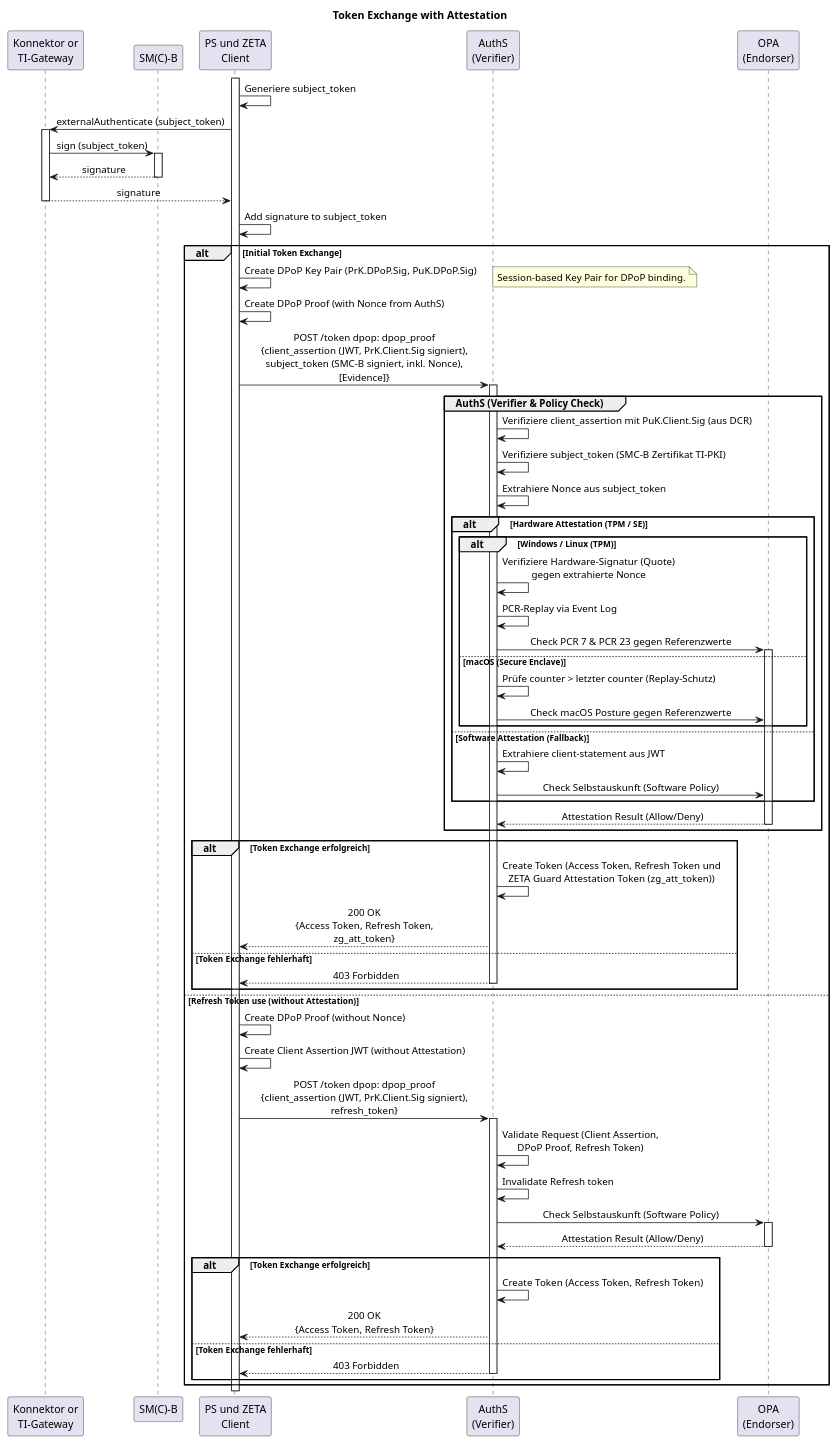
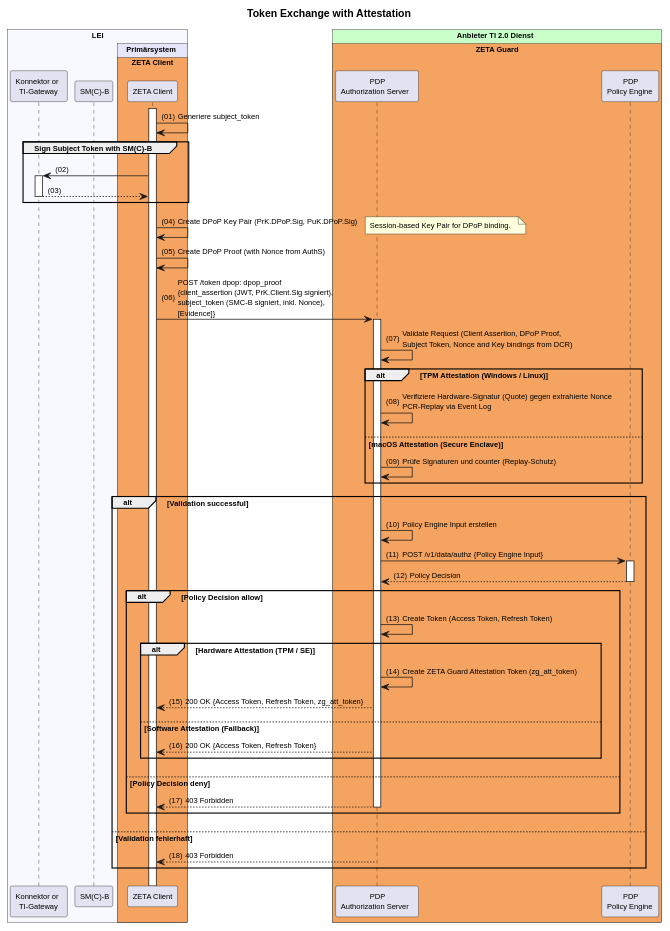
Before and after one commit to gematik/zeta: the diagram in src/plantuml/tmp/attestation-flows/token-exchange-with-attestation.puml, drawn with PlantUML. The commit also changed 7 other files, not shown here.

Commit message:
refactor: update and standardize PlantUML flow diagrams and split token exchange flows

```diff
--- a/src/plantuml/tmp/attestation-flows/token-exchange-with-attestation.puml
+++ b/src/plantuml/tmp/attestation-flows/token-exchange-with-attestation.puml
@@ -1,72 +1,72 @@
 @startuml "token-exchange-with-attestation"
-skinparam sequenceMessageAlign center
+autonumber "(00)"
+skinparam defaultFontSize 10
+skinparam defaultFontName Helvetica
+skinparam DefaultMonospacedFontName Courier
+skinparam lengthAdjust none
+skinparam sequenceReferenceBackgroundColor White
+skinparam SequenceReferenceFontSize 12
+skinparam sequenceMessageAlign left
+
 title Token Exchange with Attestation
 
-participant Konnektor as "Konnektor or\nTI-Gateway"
-participant SMB as "SM(C)-B"
-participant "PS und ZETA\nClient" as Client
-participant "AuthS\n(Verifier)" as AuthS
-participant "OPA\n(Endorser)" as OPA
+!pragma teoz true
+
+box "LEI" #GhostWhite
+  participant Konnektor as "Konnektor or\nTI-Gateway"
+  participant SMB as "SM(C)-B"
+  box "Primärsystem" #Lavender
+    box "ZETA Client" #SandyBrown
+        participant Client as "ZETA Client"
+    end box    
+  end box
+end box
+
+box "Anbieter TI 2.0 Dienst" #TECHNOLOGY
+  box "ZETA Guard" #SandyBrown
+    participant AuthS as "PDP\nAuthorization Server" 
+    participant OPA as "PDP\nPolicy Engine"
+  end box
+end box
 
 Client++
+Client -> Client: Generiere subject_token
 
-Client -> Client: Generiere subject_token
-Client -> Konnektor ++ : externalAuthenticate (subject_token)
-Konnektor -> SMB ++ : sign (subject_token)
-SMB --> Konnektor -- : signature
-Konnektor --> Client -- : signature
-Client -> Client : Add signature to subject_token
+group Sign Subject Token with SM(C)-B
+    Client -> Konnektor ++
+    Konnektor --> Client -- : 
+end
 
-alt Initial Token Exchange
-    Client -> Client : Create DPoP Key Pair (PrK.DPoP.Sig, PuK.DPoP.Sig)
-    note right: Session-based Key Pair for DPoP binding.
+Client -> Client : Create DPoP Key Pair (PrK.DPoP.Sig, PuK.DPoP.Sig)
+note right: Session-based Key Pair for DPoP binding.
 
-    Client -> Client : Create DPoP Proof (with Nonce from AuthS)
-    Client -> AuthS++: POST /token dpop: dpop_proof\n{client_assertion (JWT, PrK.Client.Sig signiert),\nsubject_token (SMC-B signiert, inkl. Nonce),\n[Evidence]}
+Client -> Client : Create DPoP Proof (with Nonce from AuthS)
+Client -> AuthS++: POST /token dpop: dpop_proof\n{client_assertion (JWT, PrK.Client.Sig signiert),\nsubject_token (SMC-B signiert, inkl. Nonce),\n[Evidence]}
 
-    group AuthS (Verifier & Policy Check)
-        AuthS -> AuthS: Verifiziere client_assertion mit PuK.Client.Sig (aus DCR)
-        AuthS -> AuthS: Verifiziere subject_token (SMC-B Zertifikat TI-PKI)
-        AuthS -> AuthS: Extrahiere Nonce aus subject_token
-        
-        alt Hardware Attestation (TPM / SE)
-            alt Windows / Linux (TPM)
-                AuthS -> AuthS: Verifiziere Hardware-Signatur (Quote)\ngegen extrahierte Nonce
-                AuthS -> AuthS: PCR-Replay via Event Log
-                AuthS -> OPA++: Check PCR 7 & PCR 23 gegen Referenzwerte
-            else macOS (Secure Enclave)
-                AuthS -> AuthS: Prüfe counter > letzter counter (Replay-Schutz)
-                AuthS -> OPA: Check macOS Posture gegen Referenzwerte
-            end
-            
+AuthS -> AuthS: Validate Request (Client Assertion, DPoP Proof,\nSubject Token, Nonce and Key bindings from DCR)        
+alt TPM Attestation (Windows / Linux)
+    AuthS -> AuthS: Verifiziere Hardware-Signatur (Quote) gegen extrahierte Nonce\nPCR-Replay via Event Log
+else macOS Attestation (Secure Enclave)
+    AuthS -> AuthS: Prüfe Signaturen und counter (Replay-Schutz)
+end
+alt Validation successful
+    AuthS -> AuthS: Policy Engine Input erstellen
+    AuthS -> OPA++: POST /v1/data/authz {Policy Engine Input}
+    OPA --> AuthS--: Policy Decision
+
+    alt Policy Decision allow
+        AuthS -> AuthS: Create Token (Access Token, Refresh Token)
+        alt Hardware Attestation  (TPM / SE)
+            AuthS -> AuthS: Create ZETA Guard Attestation Token (zg_att_token)
+            AuthS --> Client: 200 OK {Access Token, Refresh Token, zg_att_token}
         else Software Attestation (Fallback)
-            AuthS -> AuthS: Extrahiere client-statement aus JWT
-            AuthS -> OPA: Check Selbstauskunft (Software Policy)
+            AuthS --> Client: 200 OK {Access Token, Refresh Token}
         end
-        
-        OPA --> AuthS--: Attestation Result (Allow/Deny)
-    end
-
-    alt Token Exchange erfolgreich
-        AuthS -> AuthS: Create Token (Access Token, Refresh Token und\nZETA Guard Attestation Token (zg_att_token))
-        AuthS --> Client: 200 OK\n{Access Token, Refresh Token,\nzg_att_token}
-    else Token Exchange fehlerhaft
+    else Policy Decision deny
         AuthS --> Client--: 403 Forbidden
     end
+else Validation fehlerhaft
+    AuthS --> Client--: 403 Forbidden
+end
 
-else Refresh Token use (without Attestation)
-    Client -> Client : Create DPoP Proof (without Nonce)
-    Client -> Client : Create Client Assertion JWT (without Attestation)
-    Client -> AuthS++: POST /token dpop: dpop_proof\n{client_assertion (JWT, PrK.Client.Sig signiert),\nrefresh_token}
-    AuthS -> AuthS : Validate Request (Client Assertion,\nDPoP Proof, Refresh Token)
-    AuthS -> AuthS: Invalidate Refresh token
-    AuthS -> OPA++: Check Selbstauskunft (Software Policy)
-    OPA --> AuthS--: Attestation Result (Allow/Deny)
-    alt Token Exchange erfolgreich
-        AuthS -> AuthS: Create Token (Access Token, Refresh Token)
-        AuthS --> Client: 200 OK\n{Access Token, Refresh Token}
-    else Token Exchange fehlerhaft
-        AuthS --> Client--: 403 Forbidden
-    end
-end
 @enduml
```
